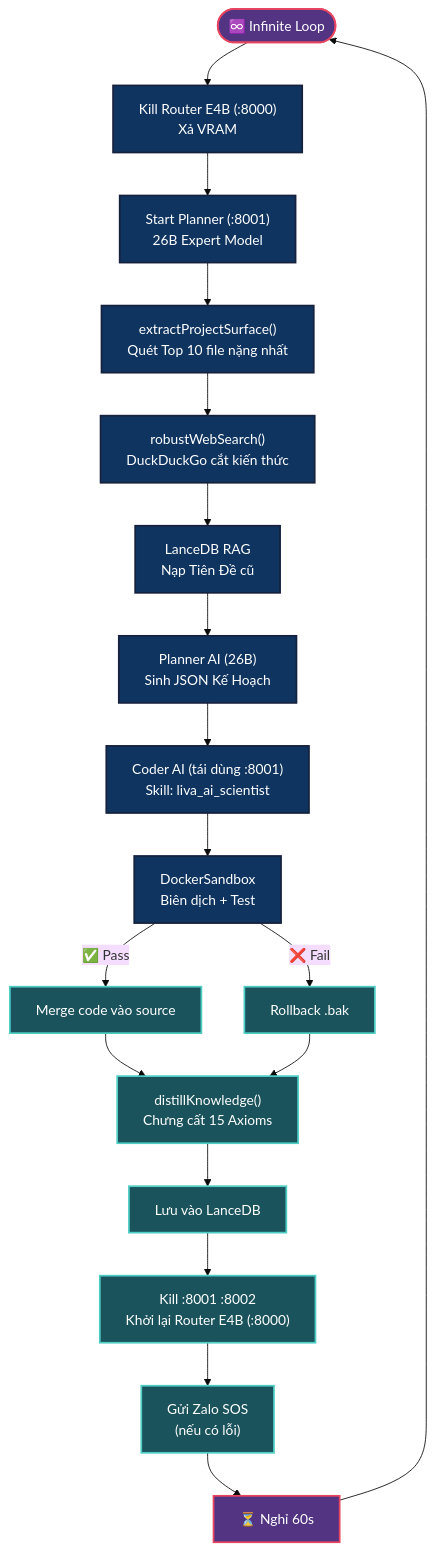
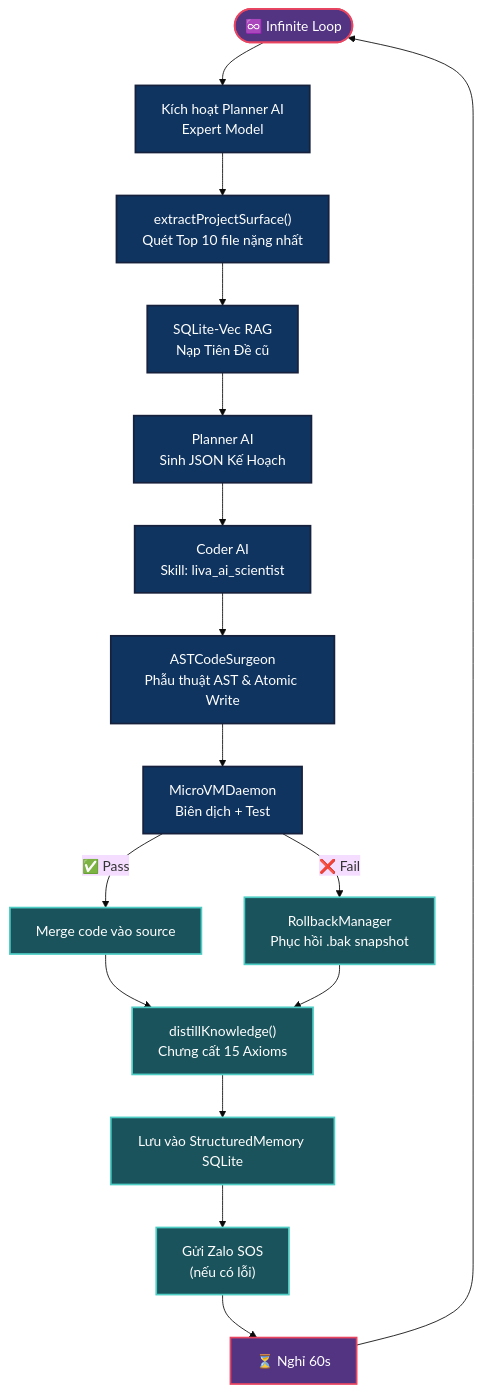
Before and after one commit to DuongNAD/LIVA: the seventh of 7 diagrams in docs/codebase_architecture.md, drawn with Mermaid (base theme). The commit also changed other lines of this file and 495 other files, not shown here.

````diff
--- a/docs/codebase_architecture.md
+++ b/docs/codebase_architecture.md
@@ -503,34 +453,32 @@
 ```mermaid
 graph TD
     Start(["♾️ Infinite Loop"])
 
-    Start --> Kill8000["Kill Router E4B (:8000)<br/>Xả VRAM"]
-    Kill8000 --> StartPlanner["Start Planner (:8001)<br/>26B Expert Model"]
+    Start --> StartPlanner["Kích hoạt Planner AI<br/>Expert Model"]
     StartPlanner --> ScanCode["extractProjectSurface()<br/>Quét Top 10 file nặng nhất"]
-    ScanCode --> WebSearch["robustWebSearch()<br/>DuckDuckGo cắt kiến thức"]
-    WebSearch --> RAGAxioms["LanceDB RAG<br/>Nạp Tiên Đề cũ"]
-    RAGAxioms --> PlannerAI["Planner AI (26B)<br/>Sinh JSON Kế Hoạch"]
+    ScanCode --> RAGAxioms["SQLite-Vec RAG<br/>Nạp Tiên Đề cũ"]
+    RAGAxioms --> PlannerAI["Planner AI<br/>Sinh JSON Kế Hoạch"]
     
-    PlannerAI --> CoderAI["Coder AI (tái dùng :8001)<br/>Skill: liva_ai_scientist"]
-    CoderAI --> Sandbox["DockerSandbox<br/>Biên dịch + Test"]
+    PlannerAI --> CoderAI["Coder AI<br/>Skill: liva_ai_scientist"]
+    CoderAI --> AST["ASTCodeSurgeon<br/>Phẫu thuật AST & Atomic Write"]
+    AST --> Sandbox["MicroVMDaemon<br/>Biên dịch + Test"]
     
     Sandbox -->|"✅ Pass"| Merge["Merge code vào source"]
-    Sandbox -->|"❌ Fail"| Rollback["Rollback .bak"]
+    Sandbox -->|"❌ Fail"| Rollback["RollbackManager<br/>Phục hồi .bak snapshot"]
 
     Merge --> Distill["distillKnowledge()<br/>Chưng cất 15 Axioms"]
     Rollback --> Distill
-    Distill --> LanceDB["Lưu vào LanceDB"]
+    Distill --> SQLiteDB["Lưu vào StructuredMemory SQLite"]
 
-    LanceDB --> Restore["Kill :8001 :8002<br/>Khởi lại Router E4B (:8000)"]
-    Restore --> ZaloSOS["Gửi Zalo SOS<br/>(nếu có lỗi)"]
+    SQLiteDB --> ZaloSOS["Gửi Zalo SOS<br/>(nếu có lỗi)"]
     ZaloSOS --> Cooldown["⏳ Nghỉ 60s"]
     Cooldown --> Start
 
     classDef phase fill:#533483,stroke:#e94560,stroke-width:2px,color:#fff
     classDef action fill:#0f3460,stroke:#16213e,stroke-width:2px,color:#fff
     classDef result fill:#1a535c,stroke:#4ecdc4,stroke-width:2px,color:#fff
 
     class Start,Cooldown phase
-    class Kill8000,StartPlanner,ScanCode,WebSearch,RAGAxioms,PlannerAI,CoderAI,Sandbox action
-    class Merge,Rollback,Distill,LanceDB,Restore,ZaloSOS result
+    class StartPlanner,ScanCode,RAGAxioms,PlannerAI,CoderAI,AST,Sandbox action
+    class Merge,Rollback,Distill,SQLiteDB,ZaloSOS result
 ```
````
